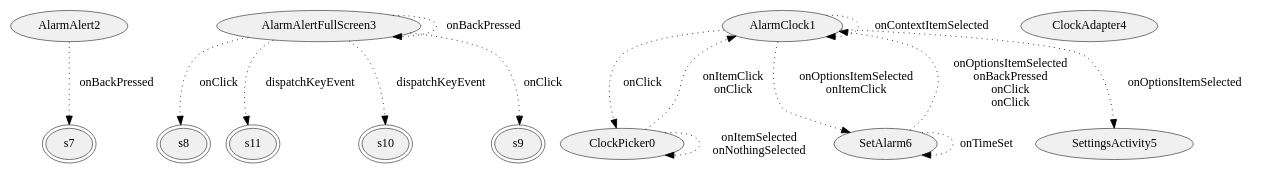
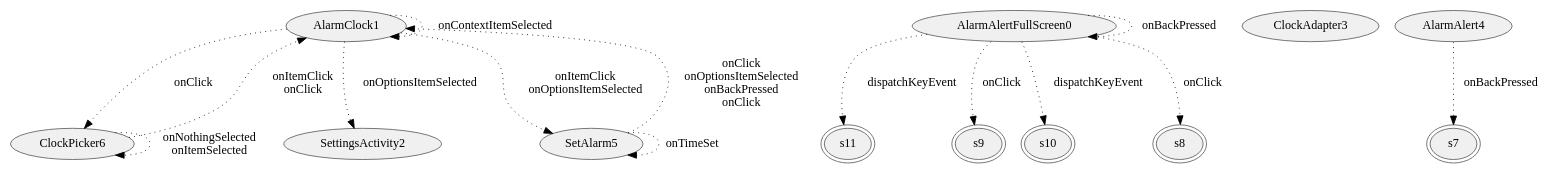
One commit to hans89/astparser changed the diagram in graphviz/AlarmClock.gv. Above: the diagram before and after it, drawn with Graphviz. The commit also changed 35 other files, not shown here.

```diff
--- a/graphviz/AlarmClock.gv
+++ b/graphviz/AlarmClock.gv
@@ -1,36 +1,36 @@
 digraph {
 fontname="Helvetica";
 node[style="filled,solid", colorscheme=greys3, fillcolor=1, color=3];
-AlarmAlert2;
+AlarmClock1;
+ClockPicker6;
+s11[peripheries=2];
+s9[peripheries=2];
+ClockAdapter3;
+SettingsActivity2;
+s10[peripheries=2];
+SetAlarm5;
 s8[peripheries=2];
-AlarmAlertFullScreen3;
-s11[peripheries=2];
-s10[peripheries=2];
-s9[peripheries=2];
-AlarmClock1;
-ClockPicker0;
-SetAlarm6;
-SettingsActivity5;
+AlarmAlert4;
+AlarmAlertFullScreen0;
 s7[peripheries=2];
-ClockAdapter4;
-AlarmAlert2 -> s7[label="onBackPressed",style=dotted];
-AlarmAlertFullScreen3 -> s8[label="onClick",style=dotted];
-AlarmAlertFullScreen3 -> AlarmAlertFullScreen3[label="onBackPressed",style=dotted];
-AlarmAlertFullScreen3 -> s11[label="dispatchKeyEvent",style=dotted];
-AlarmAlertFullScreen3 -> s10[label="dispatchKeyEvent",style=dotted];
-AlarmAlertFullScreen3 -> s9[label="onClick",style=dotted];
-ClockPicker0 -> ClockPicker0[label="onItemSelected
-onNothingSelected",style=dotted];
-ClockPicker0 -> AlarmClock1[label="onItemClick
+AlarmClock1 -> AlarmClock1[label="onContextItemSelected",style=dotted];
+AlarmClock1 -> ClockPicker6[label="onClick",style=dotted];
+AlarmClock1 -> SettingsActivity2[label="onOptionsItemSelected",style=dotted];
+AlarmClock1 -> SetAlarm5[label="onItemClick
+onOptionsItemSelected",style=dotted];
+ClockPicker6 -> AlarmClock1[label="onItemClick
 onClick",style=dotted];
-AlarmClock1 -> ClockPicker0[label="onClick",style=dotted];
-AlarmClock1 -> AlarmClock1[label="onContextItemSelected",style=dotted];
-AlarmClock1 -> SettingsActivity5[label="onOptionsItemSelected",style=dotted];
-AlarmClock1 -> SetAlarm6[label="onOptionsItemSelected
-onItemClick",style=dotted];
-SetAlarm6 -> AlarmClock1[label="onOptionsItemSelected
+ClockPicker6 -> ClockPicker6[label="onNothingSelected
+onItemSelected",style=dotted];
+SetAlarm5 -> AlarmClock1[label="onClick
+onOptionsItemSelected
 onBackPressed
-onClick
 onClick",style=dotted];
-SetAlarm6 -> SetAlarm6[label="onTimeSet",style=dotted];
+SetAlarm5 -> SetAlarm5[label="onTimeSet",style=dotted];
+AlarmAlert4 -> s7[label="onBackPressed",style=dotted];
+AlarmAlertFullScreen0 -> s11[label="dispatchKeyEvent",style=dotted];
+AlarmAlertFullScreen0 -> s9[label="onClick",style=dotted];
+AlarmAlertFullScreen0 -> s10[label="dispatchKeyEvent",style=dotted];
+AlarmAlertFullScreen0 -> s8[label="onClick",style=dotted];
+AlarmAlertFullScreen0 -> AlarmAlertFullScreen0[label="onBackPressed",style=dotted];
 }
```
